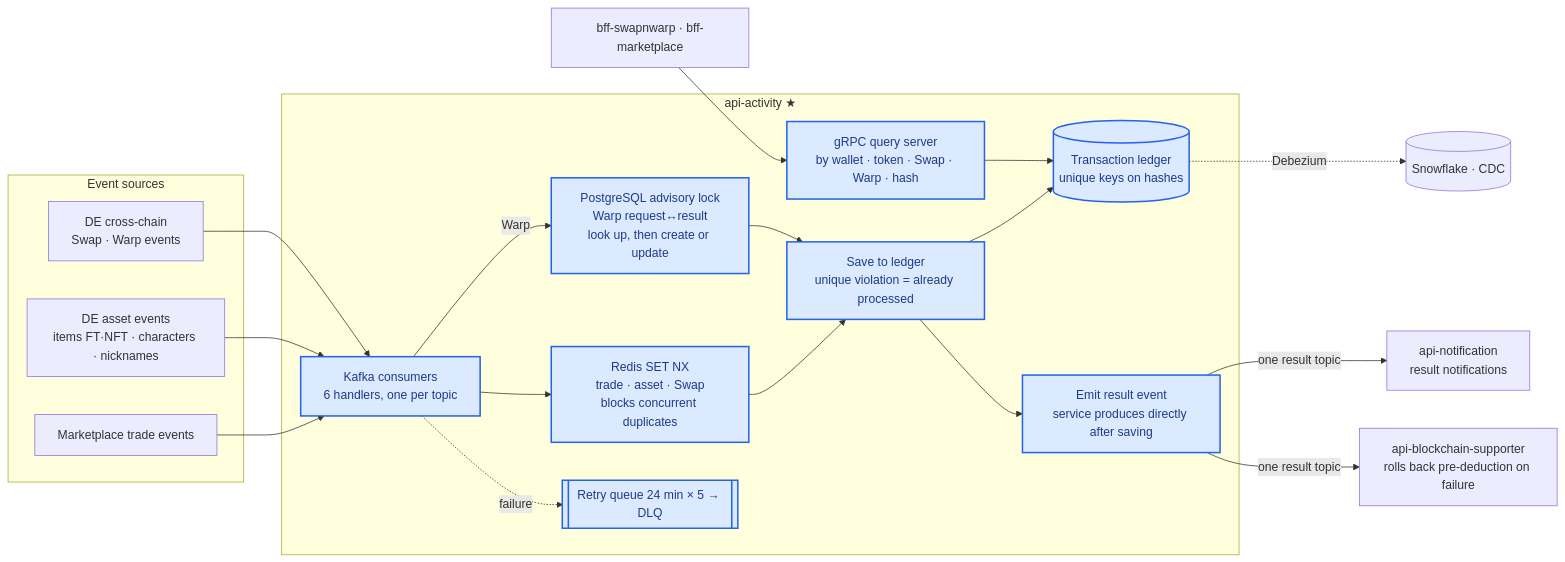
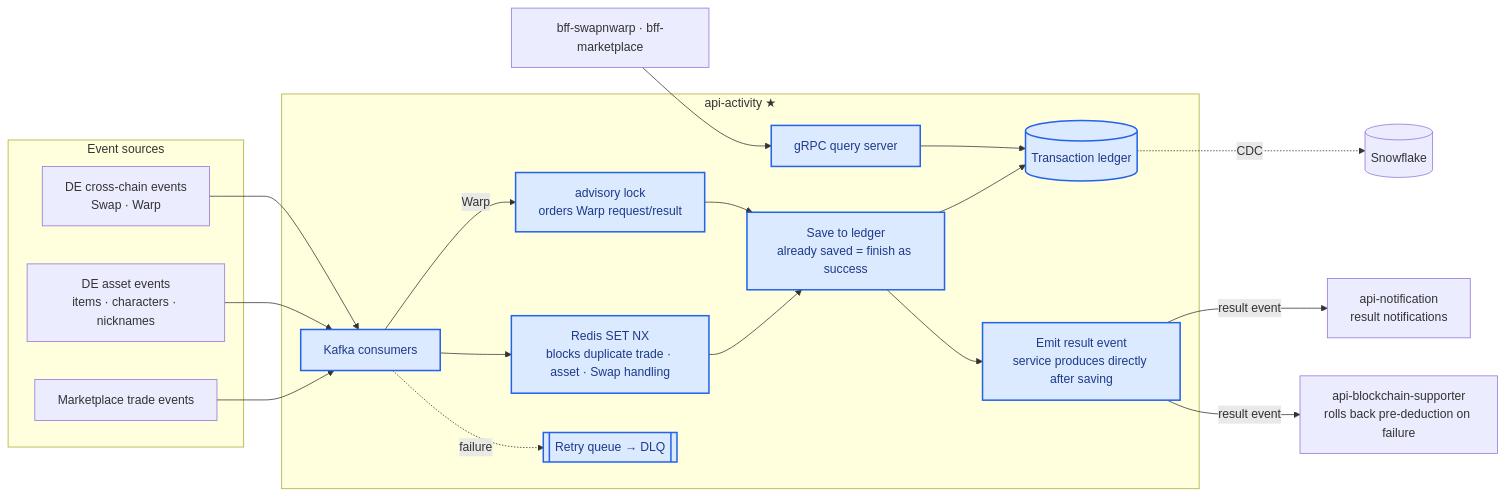
The diagram in content/diagrams/activity.en.mmd (shalwxy/career), drawn with Mermaid before and after one commit. The commit also changed 27 other files, not shown here.

```diff
--- a/content/diagrams/activity.en.mmd
+++ b/content/diagrams/activity.en.mmd
@@ -1,33 +1,33 @@
 %% title: api-activity — transaction ledger ingest · query · notify
 flowchart LR
     subgraph IN[Event sources]
         MK[Marketplace trade events]
-        DE1[DE asset events<br/>items FT·NFT · characters · nicknames]
-        DE2[DE cross-chain<br/>Swap · Warp events]
+        DE1[DE asset events<br/>items · characters · nicknames]
+        DE2[DE cross-chain events<br/>Swap · Warp]
     end
     subgraph ACT[api-activity ★]
-        C[Kafka consumers<br/>6 handlers, one per topic]
-        DD[Redis SET NX<br/>trade · asset · Swap<br/>blocks concurrent duplicates]
-        LK[PostgreSQL advisory lock<br/>Warp request↔result<br/>look up, then create or update]
-        W[Save to ledger<br/>unique violation = already processed]
-        DB[(Transaction ledger<br/>unique keys on hashes)]
+        C[Kafka consumers]
+        DD[Redis SET NX<br/>blocks duplicate trade · asset · Swap handling]
+        LK[advisory lock<br/>orders Warp request/result]
+        W[Save to ledger<br/>already saved = finish as success]
+        DB[(Transaction ledger)]
         PUB[Emit result event<br/>service produces directly after saving]
-        Q[gRPC query server<br/>by wallet · token · Swap · Warp · hash]
-        RT[[Retry queue 24 min × 5 → DLQ]]
+        Q[gRPC query server]
+        RT[[Retry queue → DLQ]]
     end
     N[api-notification<br/>result notifications]
     BCS[api-blockchain-supporter<br/>rolls back pre-deduction on failure]
     B[bff-swapnwarp · bff-marketplace]
-    SF[(Snowflake · CDC)]
+    SF[(Snowflake)]
     MK & DE1 --> C
     DE2 --> C
     C --> DD --> W
     C -- Warp --> LK --> W
     W --> DB
     W --> PUB
     C -. failure .-> RT
-    PUB -- one result topic --> N & BCS
-    DB -. Debezium .-> SF
+    PUB -- result event --> N & BCS
+    DB -. CDC .-> SF
     B --> Q --> DB
     classDef mine fill:#dbeafe,stroke:#2563eb,stroke-width:2px,color:#1e3a8a
     class C,DD,LK,W,DB,PUB,Q,RT mine
```
